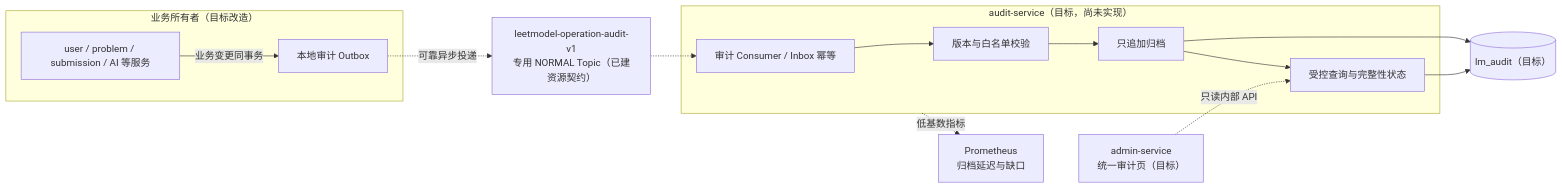
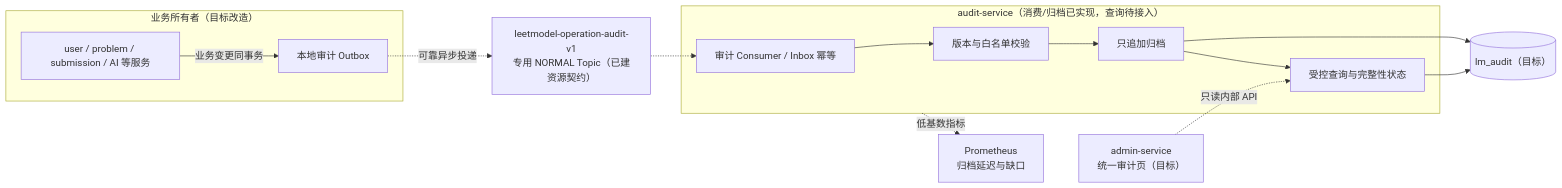
One commit to Dorian7Alden/LeetModel changed the diagram in docs/project/03-微服务设计/audit-service/README.md. Above: the diagram before and after it, drawn with Mermaid. The commit also changed other lines of this file and 5 other files, not shown here.

````diff
--- a/docs/project/03-微服务设计/audit-service/README.md
+++ b/docs/project/03-微服务设计/audit-service/README.md
@@ -10,29 +10,29 @@
 ```mermaid
 flowchart LR
     subgraph owners["业务所有者（目标改造）"]
         domains["user / problem / submission / AI 等服务"]
         outbox["本地审计 Outbox"]
         domains -->|"业务变更同事务"| outbox
     end
 
     topic["leetmodel-operation-audit-v1<br/>专用 NORMAL Topic（已建资源契约）"]
 
-    subgraph audit["audit-service（目标，尚未实现）"]
+    subgraph audit["audit-service（消费/归档已实现，查询待接入）"]
         consumer["审计 Consumer / Inbox 幂等"]
         validator["版本与白名单校验"]
         archive["只追加归档"]
         query["受控查询与完整性状态"]
         consumer --> validator --> archive
         archive --> query
     end
 
     auditDb[("lm_audit（目标）")]
     admin["admin-service<br/>统一审计页（目标）"]
     prometheus["Prometheus<br/>归档延迟与缺口"]
 
     outbox -. "可靠异步投递" .-> topic -.-> consumer
     archive --> auditDb
     query --> auditDb
     admin -. "只读内部 API" .-> query
     audit -. "低基数指标" .-> prometheus
 ```
````
